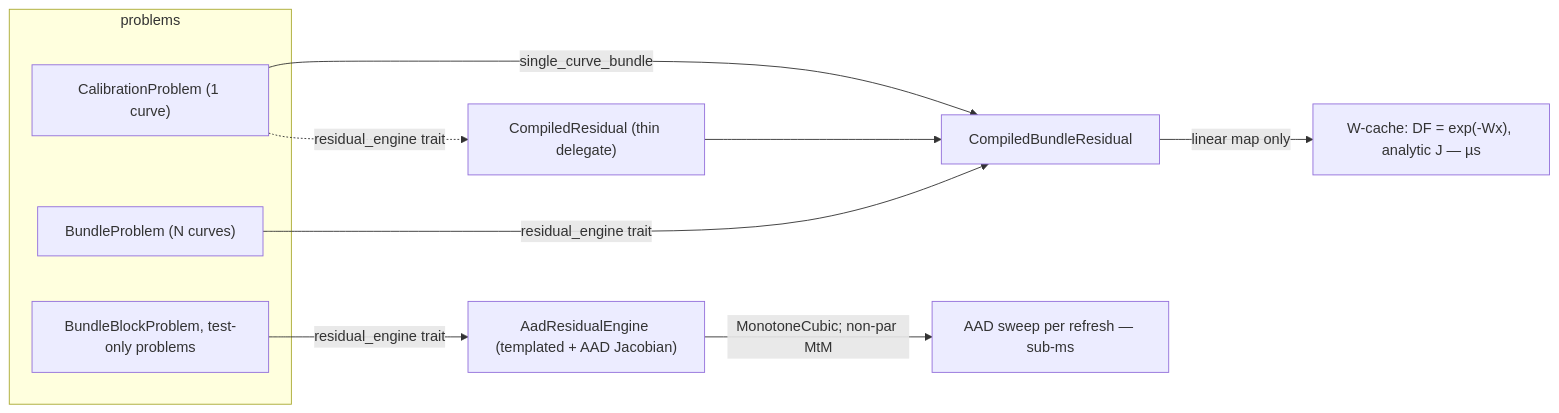
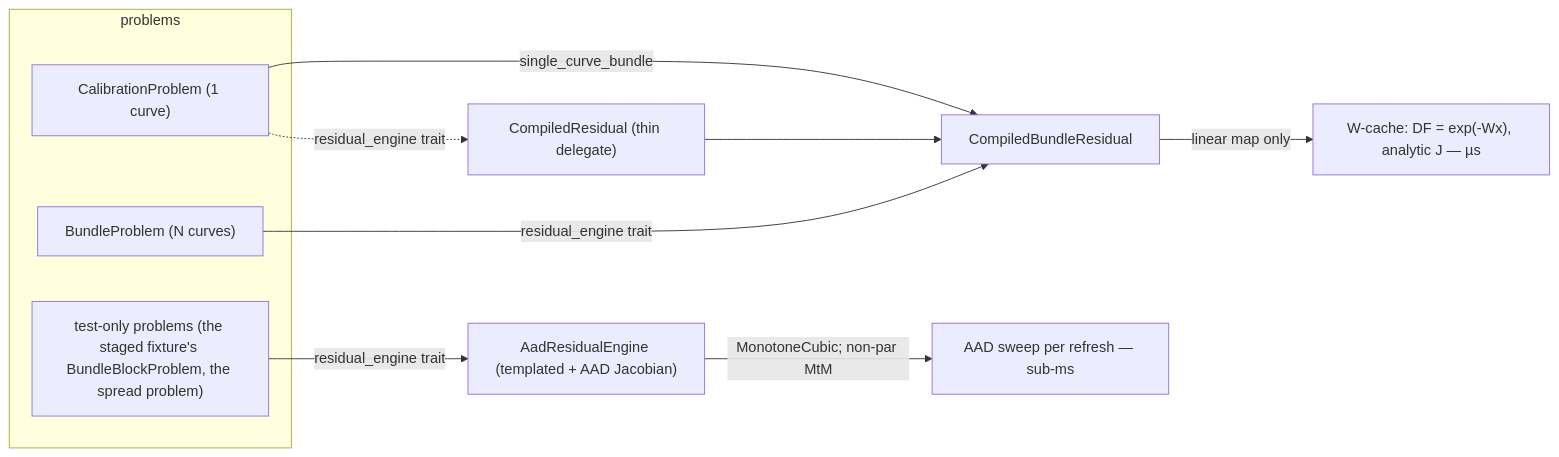
The second of 2 diagrams in ARCHITECTURE.md (kbro123/SwapEngine), drawn with Mermaid before and after one commit. The commit also changed other lines of this file and 32 other files, not shown here.

First line of the commit message:
refactor(calibration): delete the dead calibration-layer surface -- the background prefetch worker, the staged solve (now a test fixture), the old structure hash

````diff
--- a/ARCHITECTURE.md
+++ b/ARCHITECTURE.md
@@ -120,15 +120,15 @@
 ```mermaid
 graph LR
     subgraph problems
       CP["CalibrationProblem (1 curve)"]
       BP["BundleProblem (N curves)"]
-      OTHER["BundleBlockProblem, test-only problems"]
+      OTHER["test-only problems (the staged fixture's BundleBlockProblem, the spread problem)"]
     end
     CP -->|single_curve_bundle| CBR
     CP -.->|residual_engine trait| CR["CompiledResidual (thin delegate)"]
     CR --> CBR["CompiledBundleResidual"]
     BP -->|residual_engine trait| CBR
     OTHER -->|residual_engine trait| AAD["AadResidualEngine (templated + AAD Jacobian)"]
     CBR -->|"linear map only"| WCACHE["W-cache: DF = exp(-Wx), analytic J — µs"]
     AAD -->|"MonotoneCubic; non-par MtM"| AADPATH["AAD sweep per refresh — sub-ms"]
 ```
````
